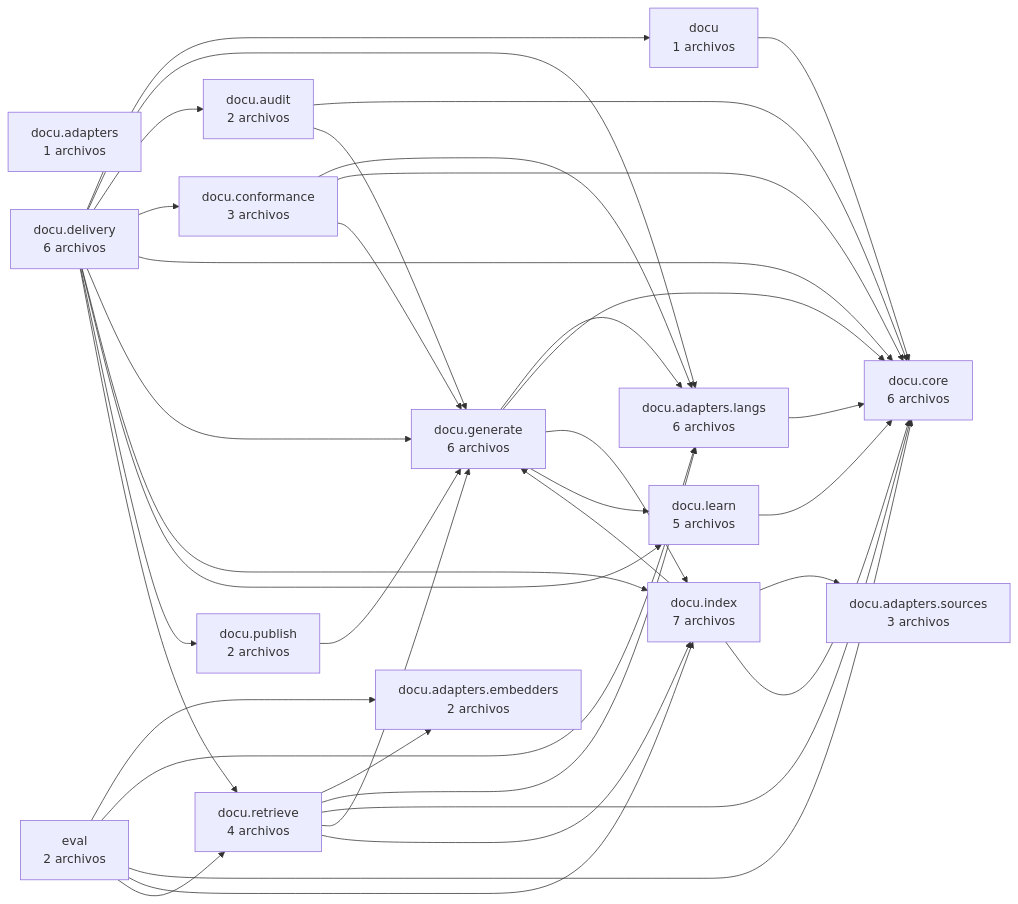
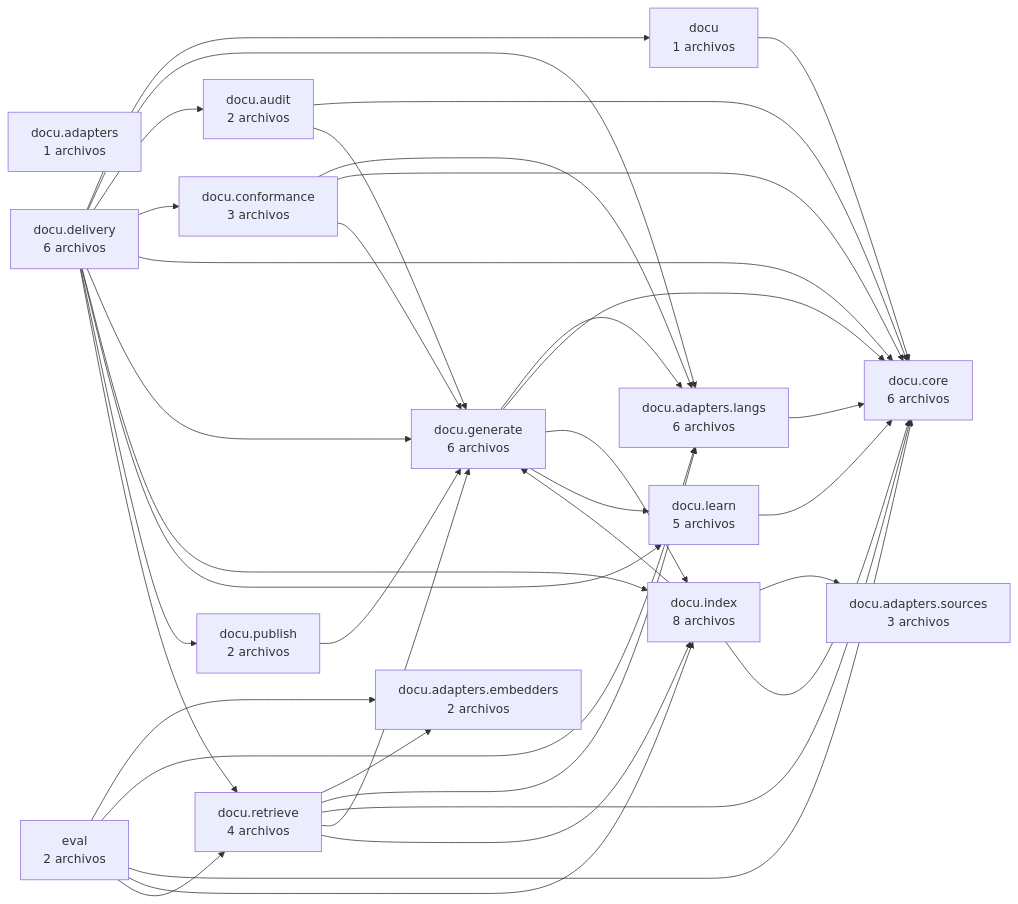
The first of 5 diagrams in docs/generated/l1-manual-tecnico.md (CharlyZeta/Docu), drawn with Mermaid before and after one commit. The commit also changed other lines of this file and 12 other files, not shown here.

````diff
--- a/docs/generated/l1-manual-tecnico.md
+++ b/docs/generated/l1-manual-tecnico.md
@@ -39,54 +39,54 @@
 ```mermaid
 flowchart LR
     docu["docu<br/>1 archivos"]
     docu_adapters["docu.adapters<br/>1 archivos"]
     docu_adapters_embedders["docu.adapters.embedders<br/>2 archivos"]
     docu_adapters_langs["docu.adapters.langs<br/>6 archivos"]
     docu_adapters_sources["docu.adapters.sources<br/>3 archivos"]
     docu_audit["docu.audit<br/>2 archivos"]
     docu_conformance["docu.conformance<br/>3 archivos"]
     docu_core["docu.core<br/>6 archivos"]
     docu_delivery["docu.delivery<br/>6 archivos"]
     docu_generate["docu.generate<br/>6 archivos"]
-    docu_index["docu.index<br/>7 archivos"]
+    docu_index["docu.index<br/>8 archivos"]
     docu_learn["docu.learn<br/>5 archivos"]
     docu_publish["docu.publish<br/>2 archivos"]
     docu_retrieve["docu.retrieve<br/>4 archivos"]
     eval["eval<br/>2 archivos"]
     docu --> docu_core
     docu_adapters_langs --> docu_core
     docu_audit --> docu_core
     docu_audit --> docu_generate
     docu_conformance --> docu_adapters_langs
     docu_conformance --> docu_core
     docu_conformance --> docu_generate
     docu_delivery --> docu
     docu_delivery --> docu_adapters_langs
     docu_delivery --> docu_audit
     docu_delivery --> docu_conformance
     docu_delivery --> docu_core
     docu_delivery --> docu_generate
     docu_delivery --> docu_index
     docu_delivery --> docu_learn
     docu_delivery --> docu_publish
     docu_delivery --> docu_retrieve
     docu_generate --> docu_adapters_langs
     docu_generate --> docu_core
     docu_generate --> docu_index
     docu_generate --> docu_learn
     docu_index --> docu_adapters_sources
     docu_index --> docu_core
     docu_index --> docu_generate
     docu_learn --> docu_core
     docu_publish --> docu_generate
     docu_retrieve --> docu_adapters_embedders
     docu_retrieve --> docu_adapters_langs
     docu_retrieve --> docu_core
     docu_retrieve --> docu_generate
     docu_retrieve --> docu_index
     eval --> docu_adapters_embedders
     eval --> docu_adapters_langs
     eval --> docu_core
     eval --> docu_index
     eval --> docu_retrieve
 ```
````
